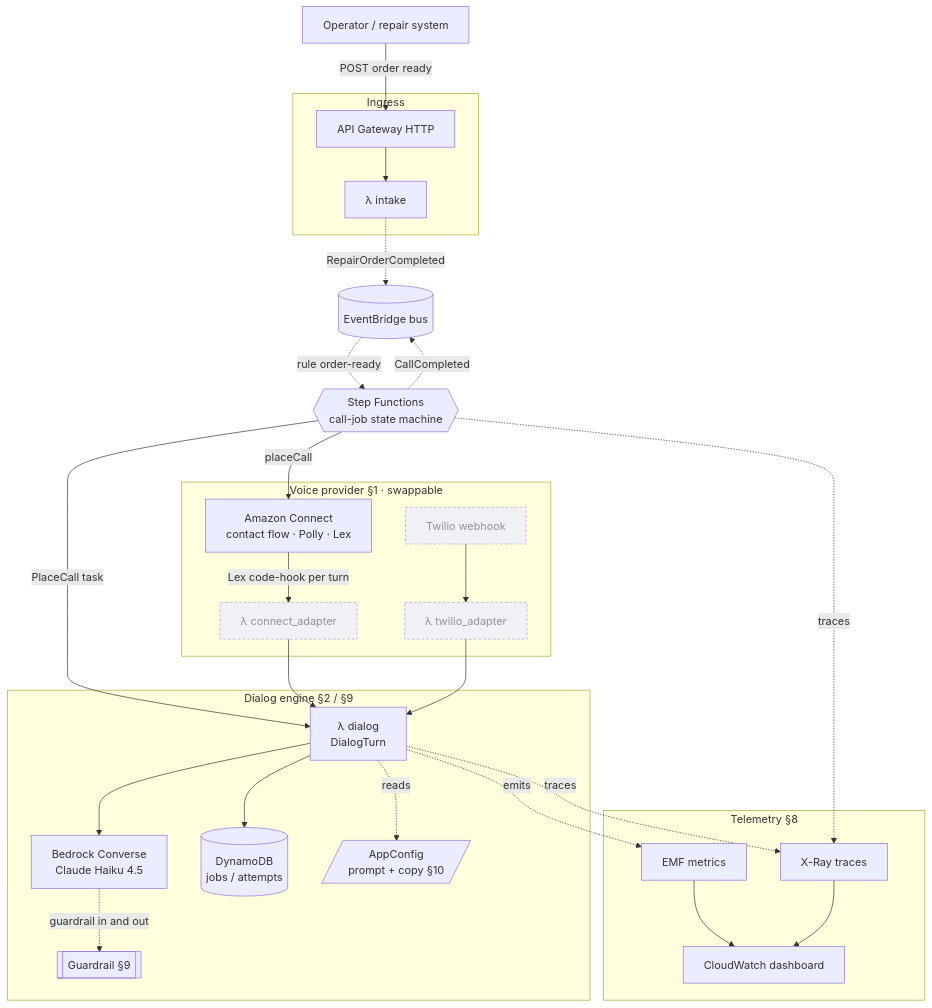
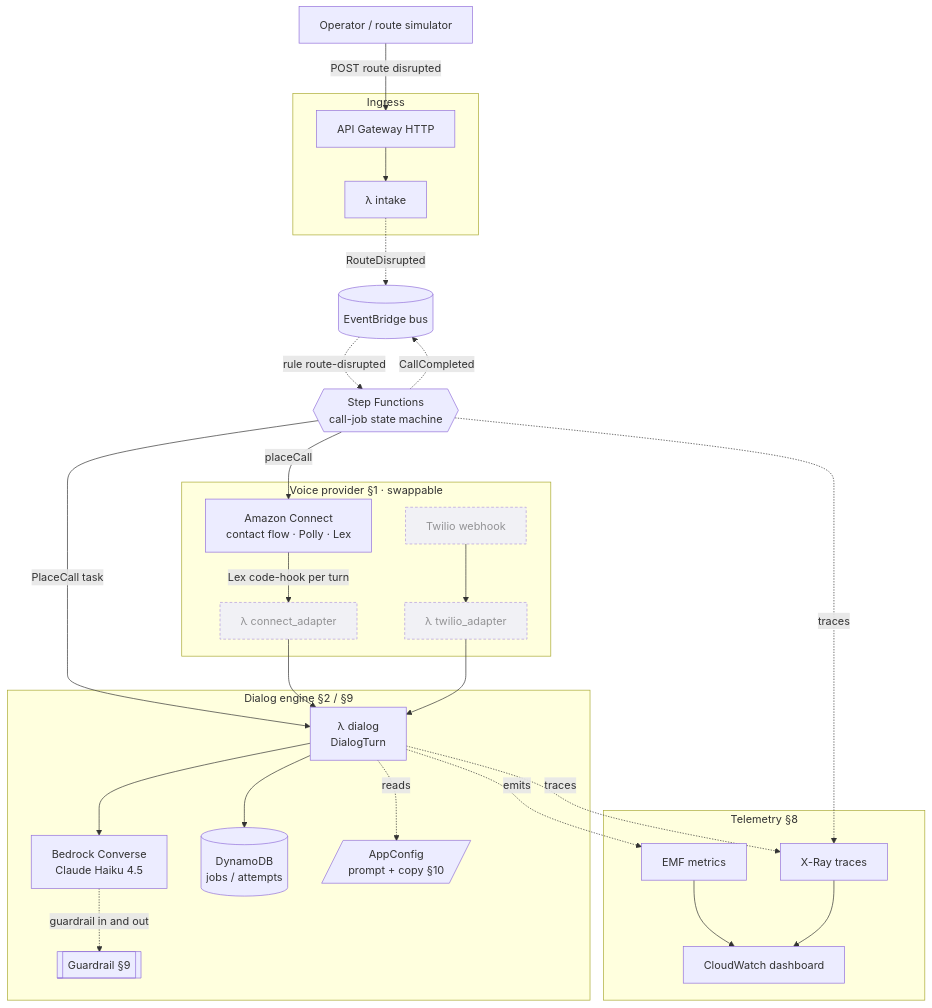
Before and after one commit to aachtenberg/aivoicedemo: the first of 3 diagrams in DIAGRAMS.md, drawn with Mermaid. The commit also changed other lines of this file and 17 other files, not shown here.

````diff
--- a/DIAGRAMS.md
+++ b/DIAGRAMS.md
@@ -14,54 +14,54 @@
 ```mermaid
 flowchart TB
-  OP["Operator / repair system"]
+  OP["Operator / route simulator"]
 
   subgraph ingress["Ingress"]
     APIGW["API Gateway HTTP"]
     INTAKE["λ intake"]
   end
 
   EB[("EventBridge bus")]
   SFN{{"Step Functions<br/>call-job state machine"}}
 
   subgraph brain["Dialog engine §2 / §9"]
     DLG["λ dialog<br/>DialogTurn"]
     BR["Bedrock Converse<br/>Claude Haiku 4.5"]
     GR[["Guardrail §9"]]
     DDB[("DynamoDB<br/>jobs / attempts")]
     AC[/"AppConfig<br/>prompt + copy §10"/]
   end
 
   subgraph voice["Voice provider §1 · swappable"]
     CONNECT["Amazon Connect<br/>contact flow · Polly · Lex"]
     CADAPT["λ connect_adapter"]
     TWILIO["Twilio webhook"]
     TADAPT["λ twilio_adapter"]
   end
 
   subgraph obs["Telemetry §8"]
     EMF["EMF metrics"]
     XRAY["X-Ray traces"]
     CW["CloudWatch dashboard"]
   end
 
-  OP -->|POST order ready| APIGW --> INTAKE
-  INTAKE -.->|RepairOrderCompleted| EB
-  EB -.->|rule order-ready| SFN
+  OP -->|POST route disrupted| APIGW --> INTAKE
+  INTAKE -.->|RouteDisrupted| EB
+  EB -.->|rule route-disrupted| SFN
   SFN -->|PlaceCall task| DLG
   DLG --> BR
   BR -. guardrail in and out .-> GR
   DLG --> DDB
   DLG -. reads .-> AC
   SFN -.->|CallCompleted| EB
 
   SFN -->|placeCall| CONNECT
   CONNECT -->|Lex code-hook per turn| CADAPT --> DLG
   TWILIO --> TADAPT --> DLG
 
   DLG -. emits .-> EMF --> CW
   DLG -. traces .-> XRAY --> CW
   SFN -. traces .-> XRAY
 
   classDef stub stroke-dasharray:4 3,opacity:0.7;
   class CADAPT,TWILIO,TADAPT stub;
 ```
````
